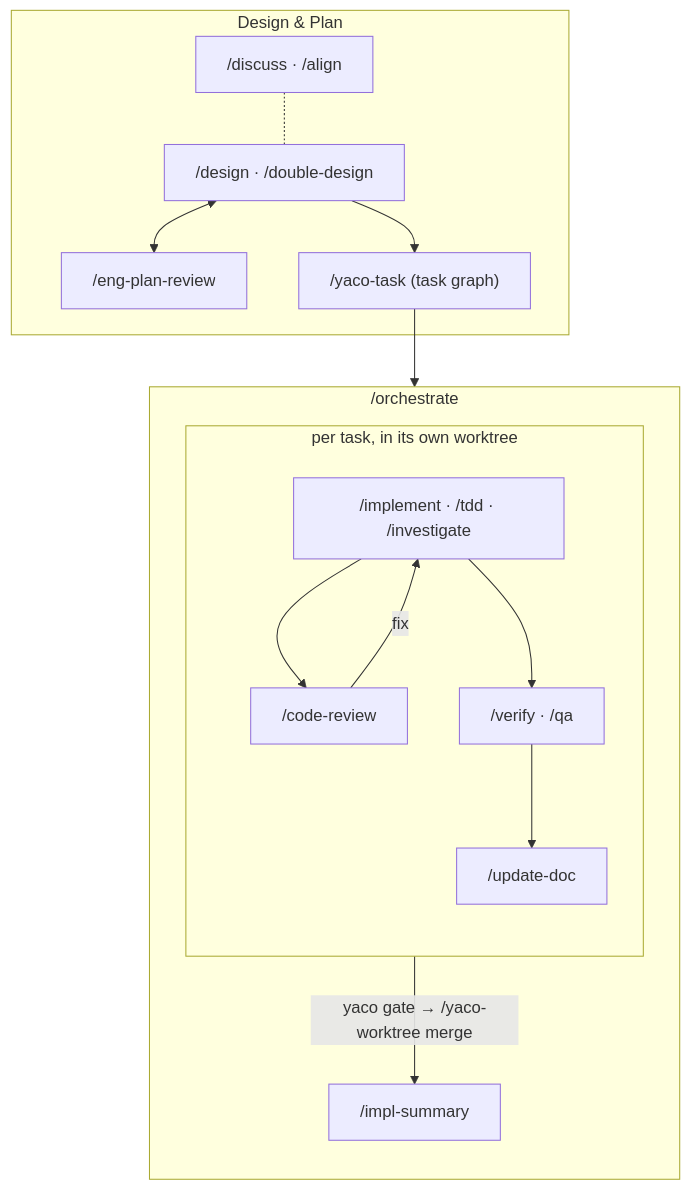
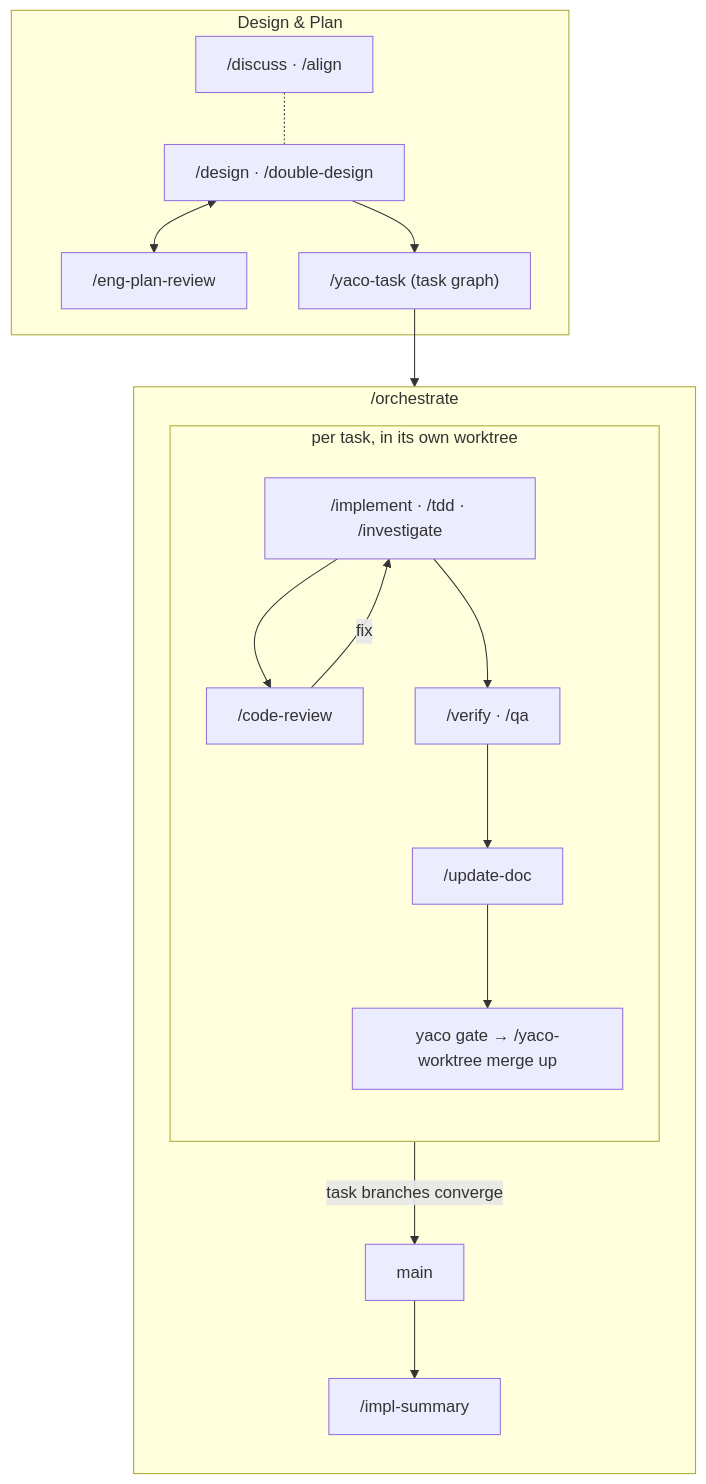
The diagram in README.md (imoonkey/yaco), drawn with Mermaid before and after one commit.

Commit message:
docs(readme): gate+merge-up is per task; branch tree converges to main

````diff
--- a/README.md
+++ b/README.md
@@ -115,20 +115,22 @@
 ```mermaid
 flowchart TB
     subgraph DE ["Design & Plan"]
         D["/design · /double-design"] <--> EPR["/eng-plan-review"]
         DIS["/discuss · /align"] -.- D
         D --> TG["/yaco-task (task graph)"]
     end
     subgraph OR ["/orchestrate"]
         direction TB
         subgraph BU ["per task, in its own worktree"]
             direction TB
             I["/implement · /tdd · /investigate"] --> CR["/code-review"]
             CR -->|fix| I
             I --> V["/verify · /qa"]
             V --> U["/update-doc"]
+            U --> G["yaco gate → /yaco-worktree merge up"]
         end
-        BU -->|"yaco gate → /yaco-worktree merge"| IS["/impl-summary"]
+        BU -->|"task branches converge"| MAIN["main"]
+        MAIN --> IS["/impl-summary"]
     end
     TG --> OR
 ```
````
